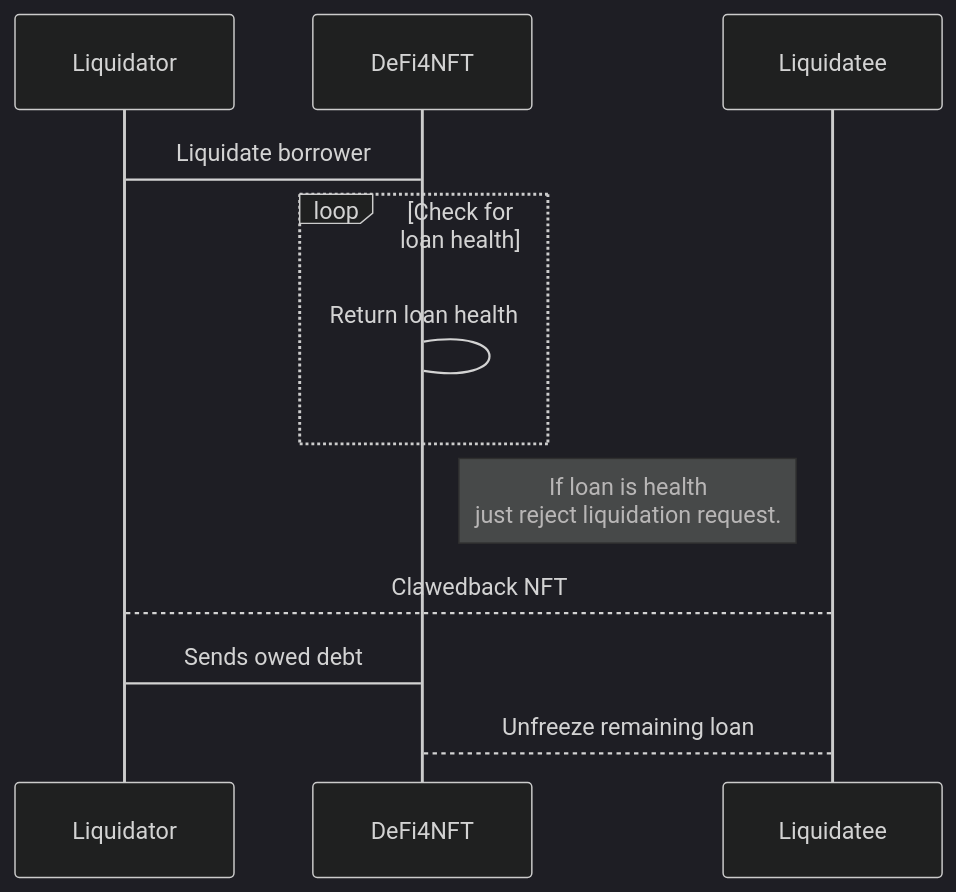
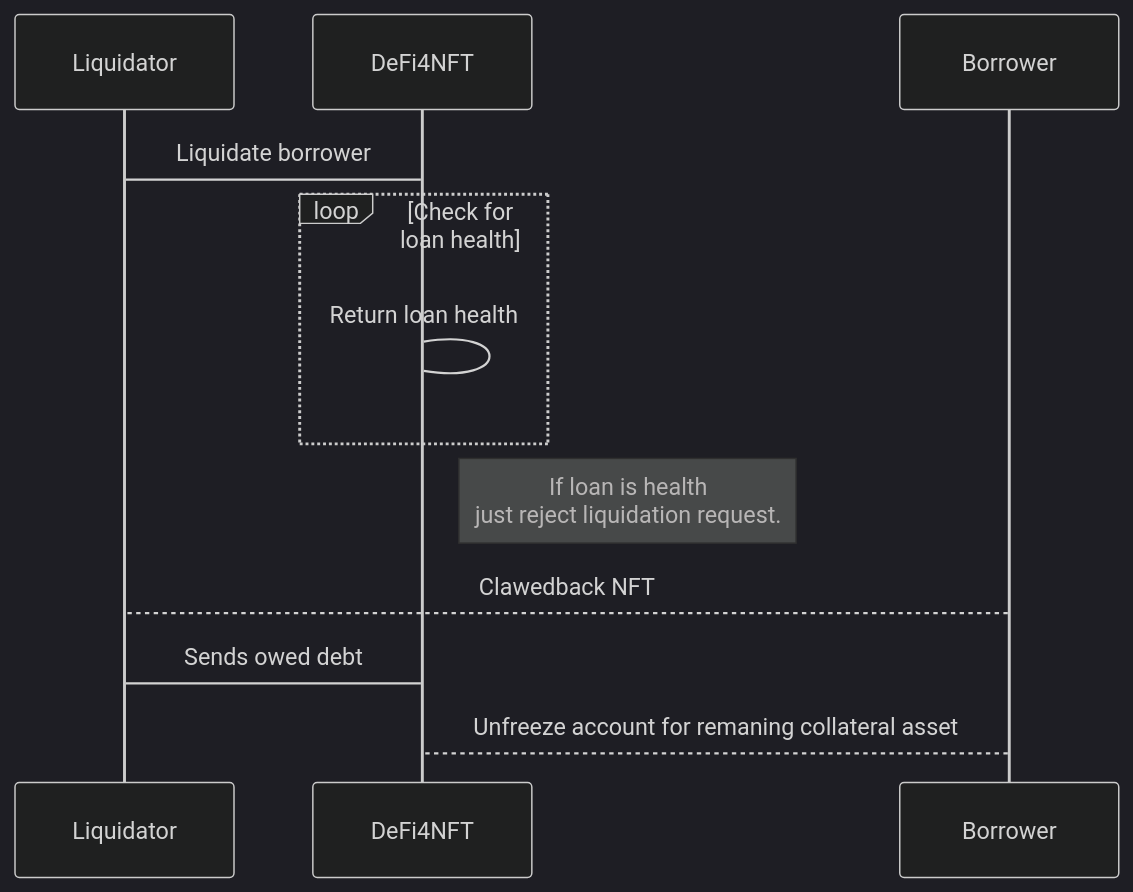
The first of 2 diagrams in docs/technical_review.md (Adg0/DeFi4NFT), drawn with Mermaid (dark theme) before and after one commit. The commit also changed other lines of this file and 5 other files, not shown here.

````diff
--- a/docs/technical_review.md
+++ b/docs/technical_review.md
@@ -16,13 +16,13 @@
 ```{mermaid}
 sequenceDiagram
   participant Liquidator
   participant DeFi4NFT
   Liquidator->DeFi4NFT: Liquidate borrower
   loop Check for loan health
       DeFi4NFT->DeFi4NFT: Return loan health
   end
   Note right of DeFi4NFT: If loan is health <br>just reject liquidation request.
-  Liquidatee-->Liquidator: Clawedback NFT
+  Borrower-->Liquidator: Clawedback NFT
   Liquidator->DeFi4NFT: Sends owed debt
-  Liquidatee-->DeFi4NFT: Unfreeze remaining loan
+  Borrower-->DeFi4NFT: Unfreeze account for remaning collateral asset
 ```
````
